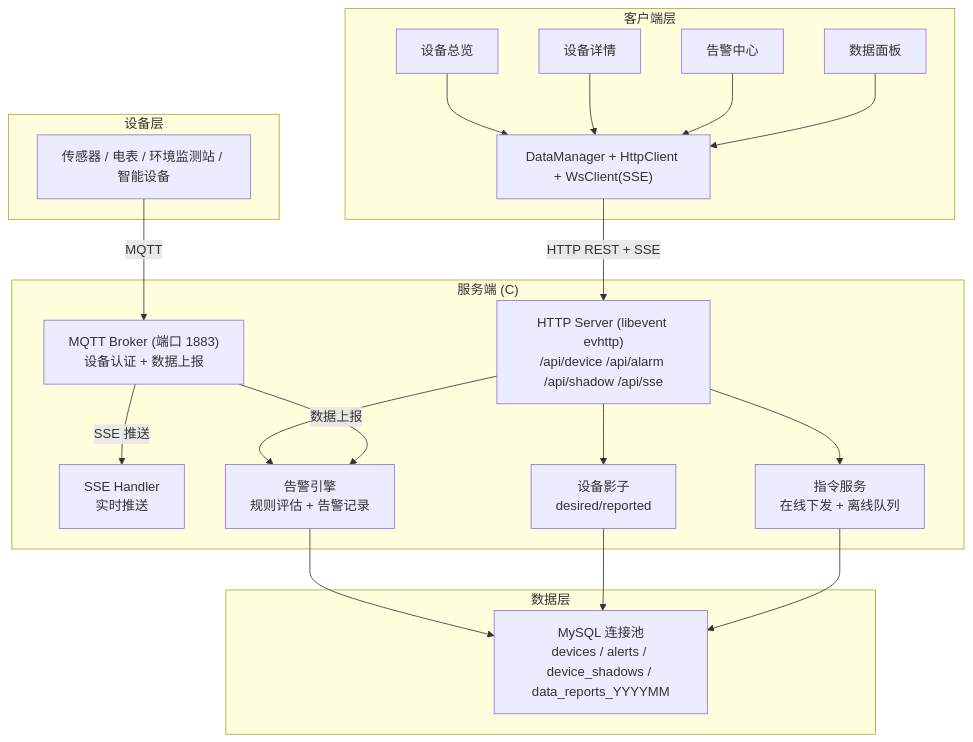
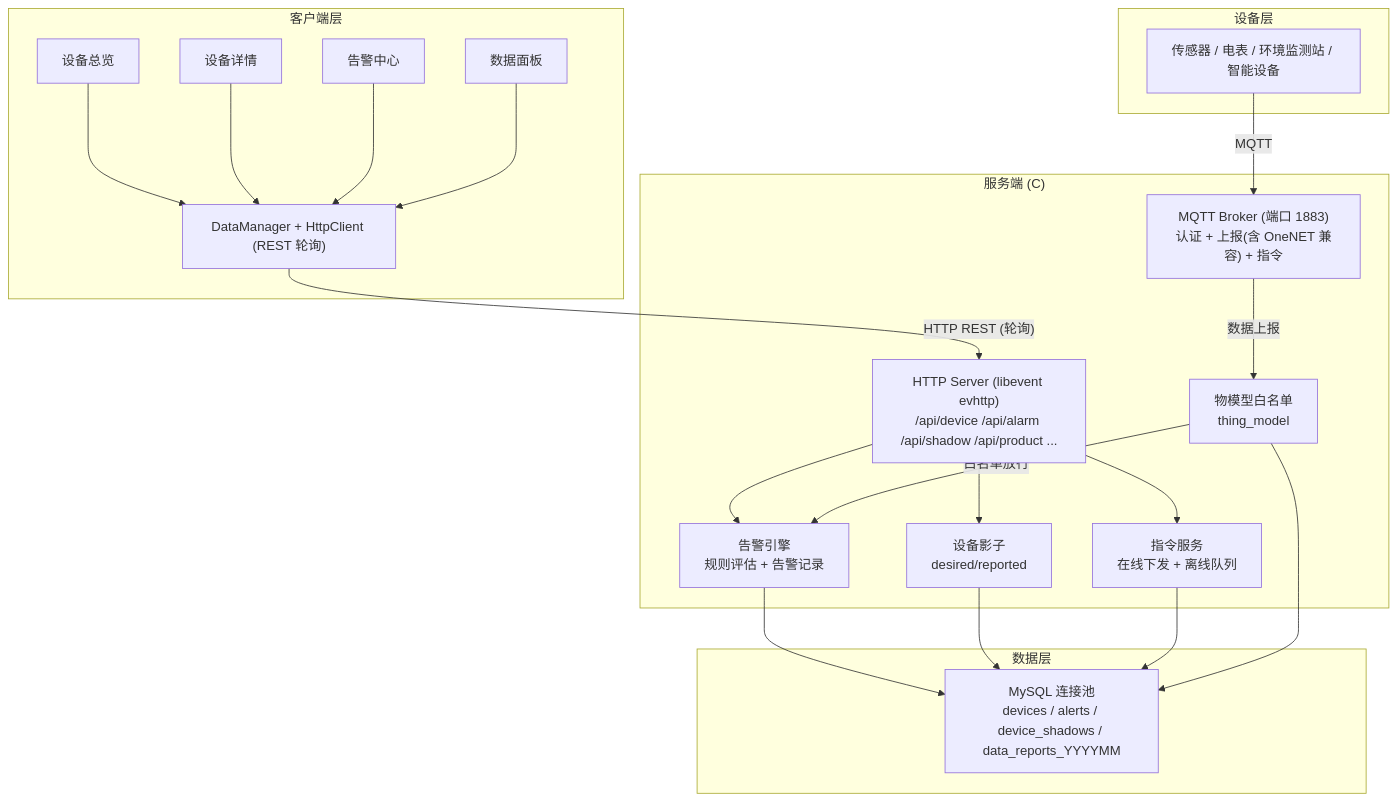
Before and after one commit to Lab0x-Embedded/iotsystem: the first of 3 diagrams in docs/E2_技术方案文档.md, drawn with Mermaid. The commit also changed other lines of this file and 6 other files, not shown here.

Commit message:
docs: 全量对齐当前实现 — MQTT 协议 v3(白名单/OneJSON/踢线/QoS1)、API 补 product/prop_*/query_latest、ER 补 product_properties、技术方案与架构图集移除虚构 SSE、新增 KNOWN_ISSUES 审计清单

````diff
--- a/docs/E2_技术方案文档.md
+++ b/docs/E2_技术方案文档.md
@@ -28,35 +28,35 @@
 ```mermaid
 graph TB
     subgraph Client["客户端层"]
         P1["设备总览"]
         P2["设备详情"]
         P3["告警中心"]
         P4["数据面板"]
-        DM["DataManager + HttpClient + WsClient(SSE)"]
+        DM["DataManager + HttpClient (REST 轮询)"]
         P1 & P2 & P3 & P4 --> DM
     end
 
     subgraph Server["服务端 (C)"]
-        HTTP["HTTP Server (libevent evhttp)<br/>/api/device /api/alarm /api/shadow /api/sse"]
-        MQTT["MQTT Broker (端口 1883)<br/>设备认证 + 数据上报"]
-        SSE["SSE Handler<br/>实时推送"]
+        HTTP["HTTP Server (libevent evhttp)<br/>/api/device /api/alarm /api/shadow /api/product ..."]
+        MQTT["MQTT Broker (端口 1883)<br/>认证 + 上报(含 OneNET 兼容) + 指令"]
+        TM["物模型白名单<br/>thing_model"]
         ALARM["告警引擎<br/>规则评估 + 告警记录"]
         SHADOW["设备影子<br/>desired/reported"]
         CMD["指令服务<br/>在线下发 + 离线队列"]
     end
 
     subgraph Data["数据层"]
         DB["MySQL 连接池<br/>devices / alerts / device_shadows / data_reports_YYYYMM"]
     end
 
     subgraph Devices["设备层"]
         Dev["传感器 / 电表 / 环境监测站 / 智能设备"]
     end
 
-    DM -->|"HTTP REST + SSE"| HTTP
+    DM -->|"HTTP REST (轮询)"| HTTP
     Dev -->|"MQTT"| MQTT
     HTTP --> ALARM & SHADOW & CMD
-    MQTT -->|"数据上报"| ALARM
-    MQTT -->|"SSE 推送"| SSE
-    ALARM & SHADOW & CMD --> DB
+    MQTT -->|"数据上报"| TM
+    TM -->|"白名单放行"| ALARM
+    ALARM & SHADOW & CMD & TM --> DB
 ```
````
